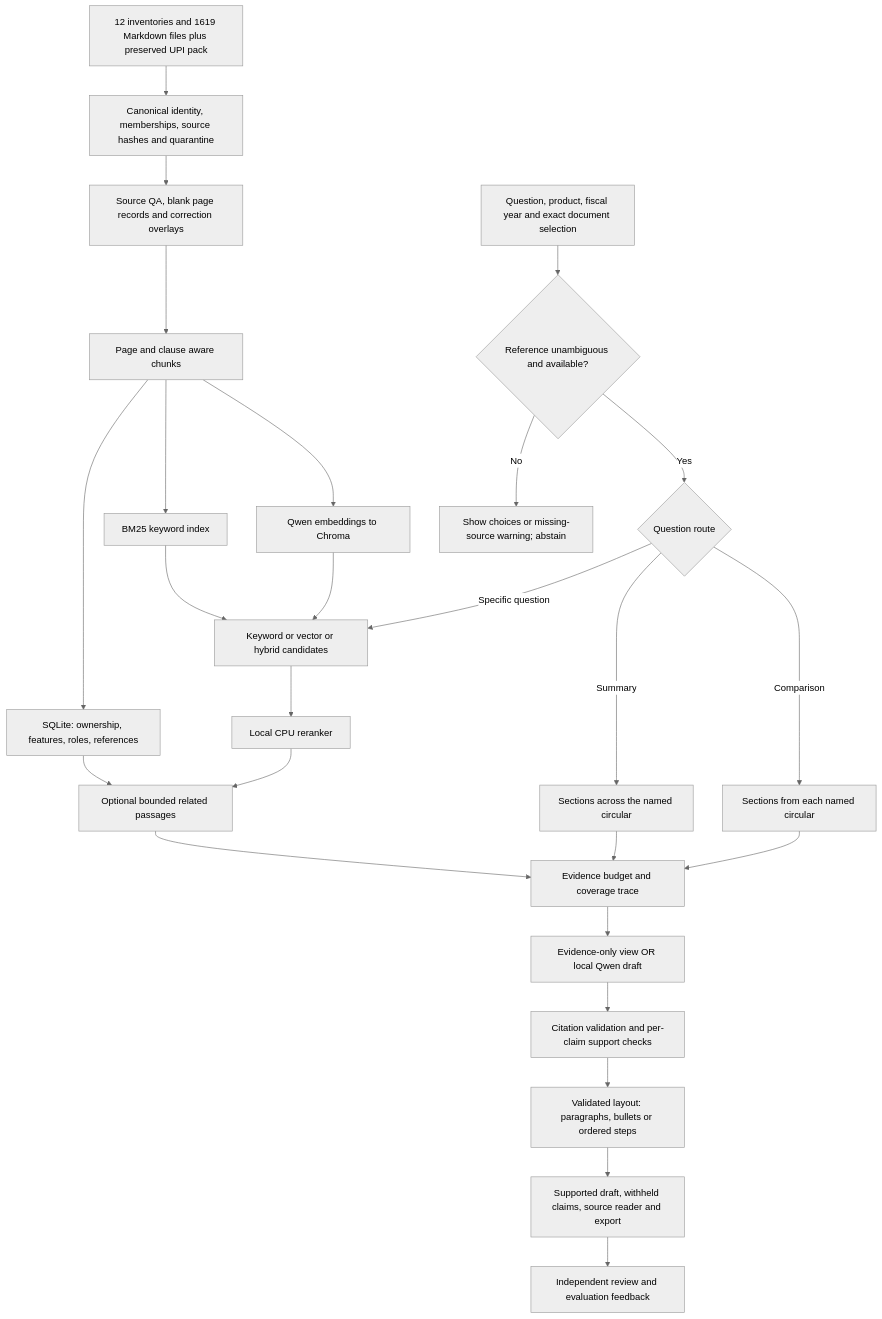
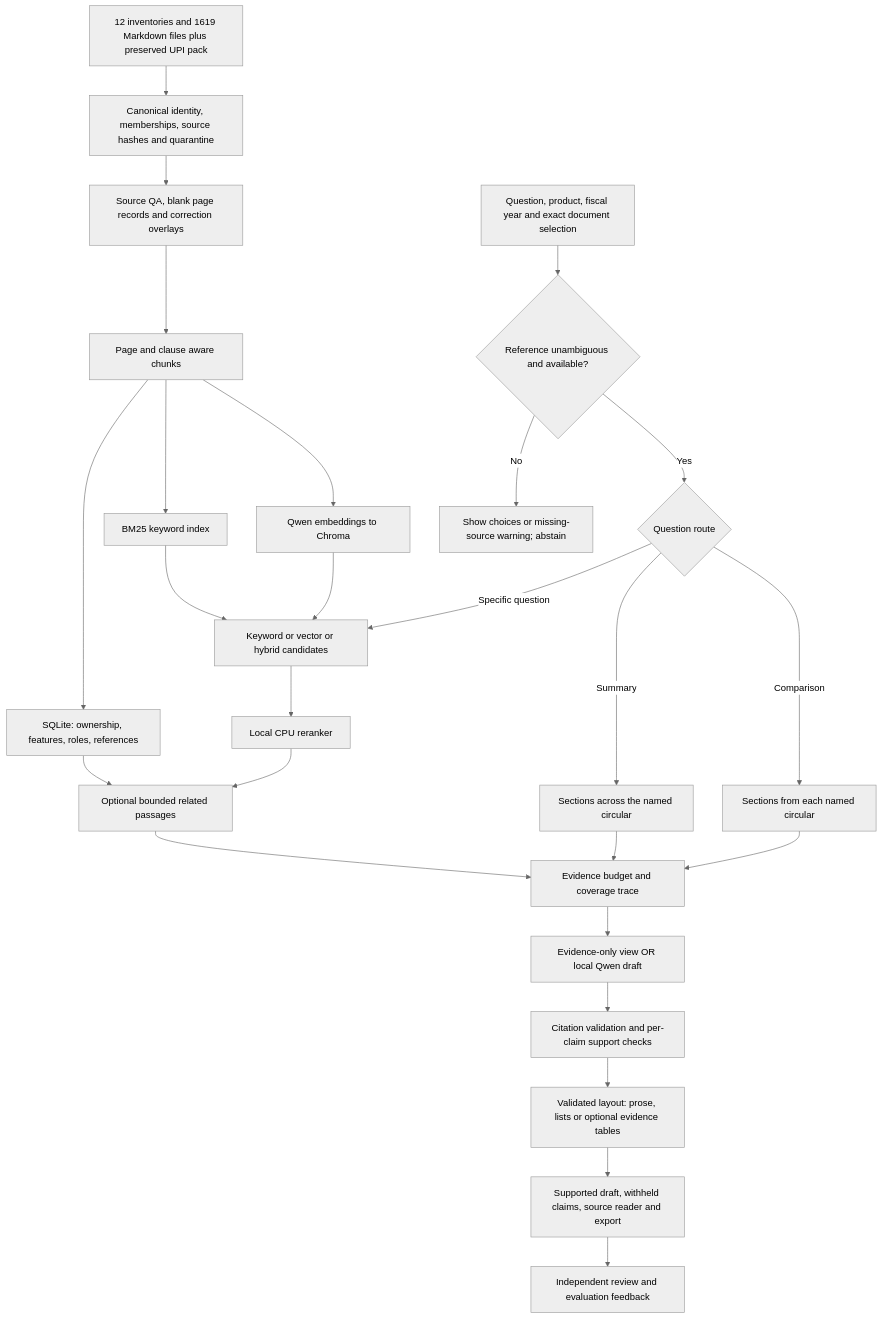
Before and after one commit to PoCo19/payments-guidelines-query-expert: the diagram in HOW_IT_WORKS.md, drawn with Mermaid (neutral theme). The commit also changed other lines of this file and 15 other files, not shown here.

````diff
--- a/HOW_IT_WORKS.md
+++ b/HOW_IT_WORKS.md
@@ -30,28 +32,28 @@
 ```mermaid
 flowchart TD
     A[12 inventories and 1619 Markdown files plus preserved UPI pack] --> A1[Canonical identity, memberships, source hashes and quarantine]
     A1 --> B[Source QA, blank page records and correction overlays]
     B --> C[Page and clause aware chunks]
     C --> D[SQLite: ownership, features, roles, references]
     C --> E[BM25 keyword index]
     C --> F[Qwen embeddings to Chroma]
     Q[Question, product, fiscal year and exact document selection] --> Q1{Reference unambiguous and available?}
     Q1 -->|No| Q2[Show choices or missing-source warning; abstain]
     Q1 -->|Yes| R{Question route}
     R -->|Specific question| H[Keyword or vector or hybrid candidates]
     E --> H
     F --> H
     H --> I[Local CPU reranker]
     I --> J[Optional bounded related passages]
     D --> J
     R -->|Summary| K[Sections across the named circular]
     R -->|Comparison| L[Sections from each named circular]
     J --> M[Evidence budget and coverage trace]
     K --> M
     L --> M
     M --> N[Evidence-only view OR local Qwen draft]
     N --> O[Citation validation and per-claim support checks]
-    O --> O1[Validated layout: paragraphs, bullets or ordered steps]
+    O --> O1[Validated layout: prose, lists or optional evidence tables]
     O1 --> P[Supported draft, withheld claims, source reader and export]
     P --> V[Independent review and evaluation feedback]
 ```
````
